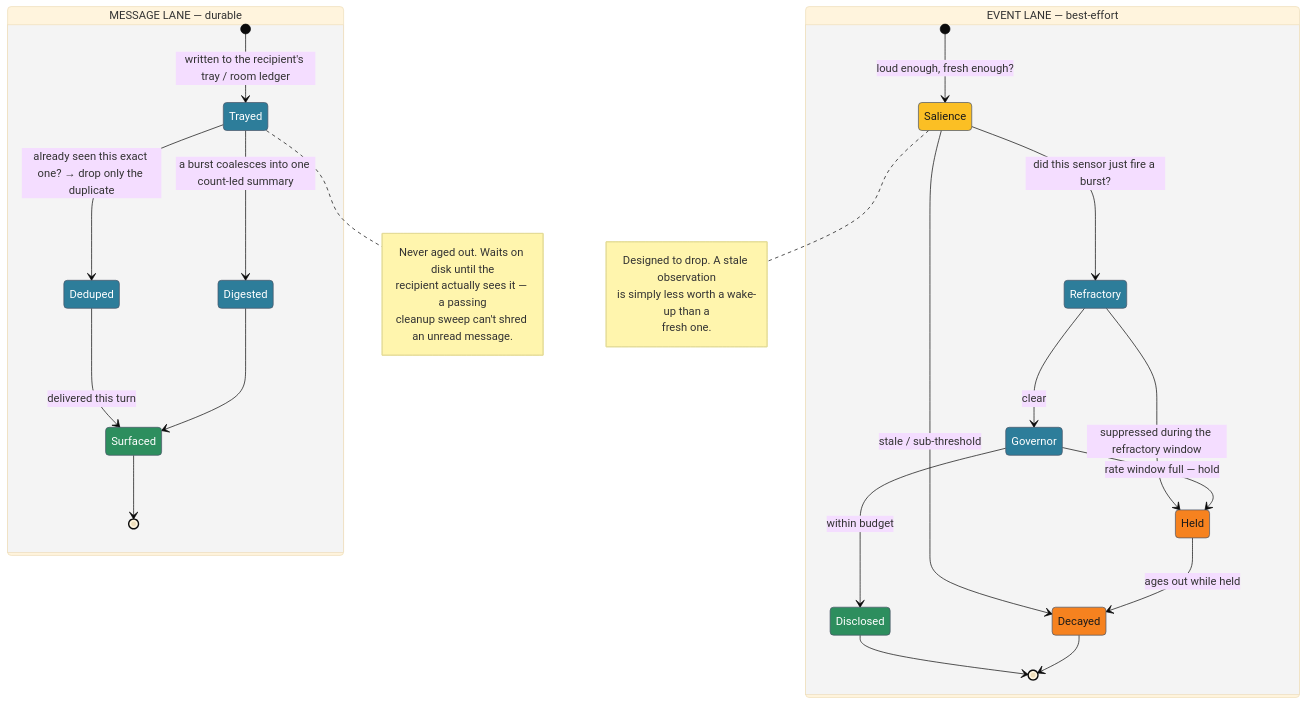
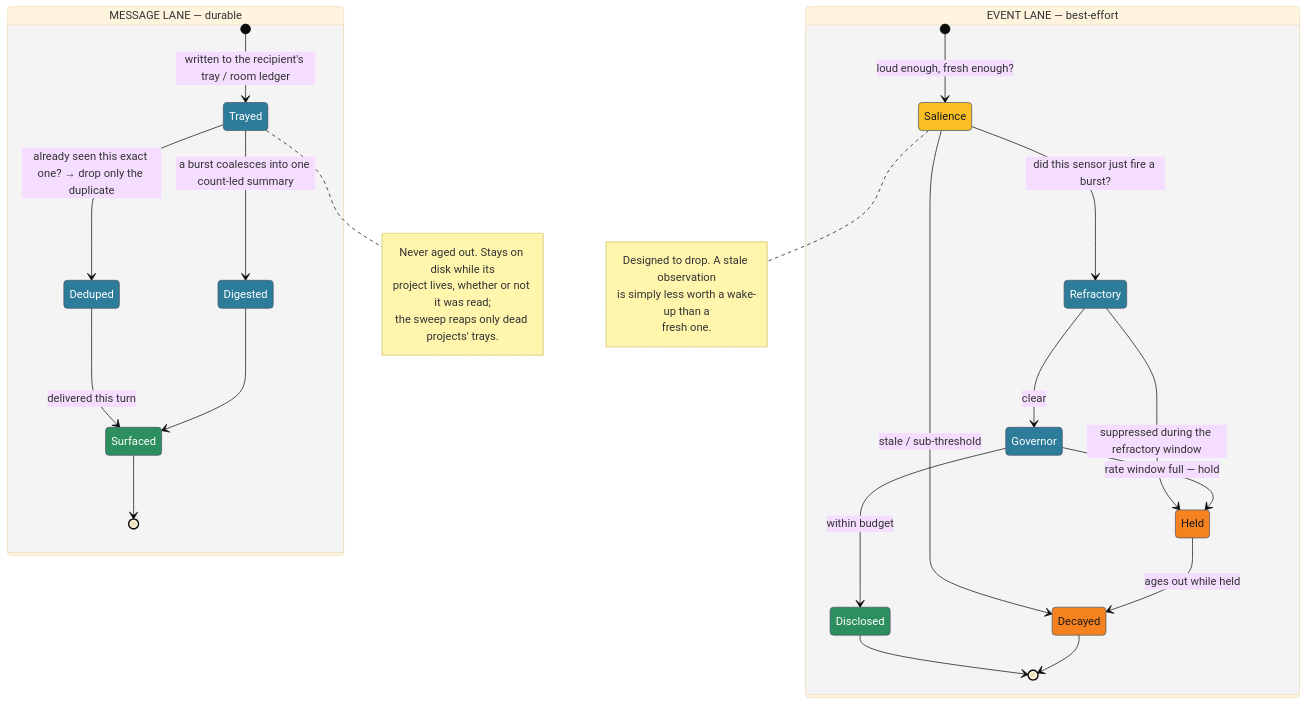
The second of 2 diagrams in docs/explanation/attend-messaging/07-the-lane-gate.md (aaronsb/agent-ways), drawn with Mermaid (base theme) before and after one commit. The commit also changed other lines of this file and 26 other files, not shown here.

````diff
--- a/docs/explanation/attend-messaging/07-the-lane-gate.md
+++ b/docs/explanation/attend-messaging/07-the-lane-gate.md
@@ -58,53 +63,53 @@
 ```mermaid
 stateDiagram-v2
     state "MESSAGE LANE — durable" as MessageLane {
         [*] --> Trayed : written to the recipient's tray / room ledger
         Trayed --> Deduped : already seen this exact one? → drop only the duplicate
         Deduped --> Surfaced : delivered this turn
         Trayed --> Digested : a burst coalesces into one count-led summary
         Digested --> Surfaced
         Surfaced --> [*]
         note right of Trayed
-            Never aged out. Waits on disk until the
-            recipient actually sees it — a passing
-            cleanup sweep can't shred an unread message.
+            Never aged out. Stays on disk while its
+            project lives, whether or not it was read;
+            the sweep reaps only dead projects' trays.
         end note
     }
 
     state "EVENT LANE — best-effort" as EventLane {
         [*] --> Salience : loud enough, fresh enough?
         Salience --> Decayed : stale / sub-threshold
         Salience --> Refractory : did this sensor just fire a burst?
         Refractory --> Held : suppressed during the refractory window
         Refractory --> Governor : clear
         Governor --> Held : rate window full — hold
         Governor --> Disclosed : within budget
         Held --> Decayed : ages out while held
         Disclosed --> [*]
         Decayed --> [*]
         note right of Salience
             Designed to drop. A stale observation
             is simply less worth a wake-up than a
             fresh one.
         end note
     }
 
     classDef process fill:#2d7d9a,color:#ffffff,stroke:#4a5568
     classDef gate fill:#fbbf24,color:#1a1a1a,stroke:#4a5568
     classDef store fill:#2d8e5e,color:#ffffff,stroke:#4a5568
     classDef external fill:#f6821f,color:#1a1a1a,stroke:#4a5568
 
     class Trayed process
     class Deduped process
     class Digested process
     class Surfaced store
     class Salience gate
     class Refractory process
     class Governor process
     class Disclosed store
     class Held external
     class Decayed external
 
     style MessageLane stroke:#2d8e5e,fill:#2d8e5e1a,color:#cbd5e1
     style EventLane stroke:#d97706,fill:#f6821f1a,color:#cbd5e1
 ```
````
